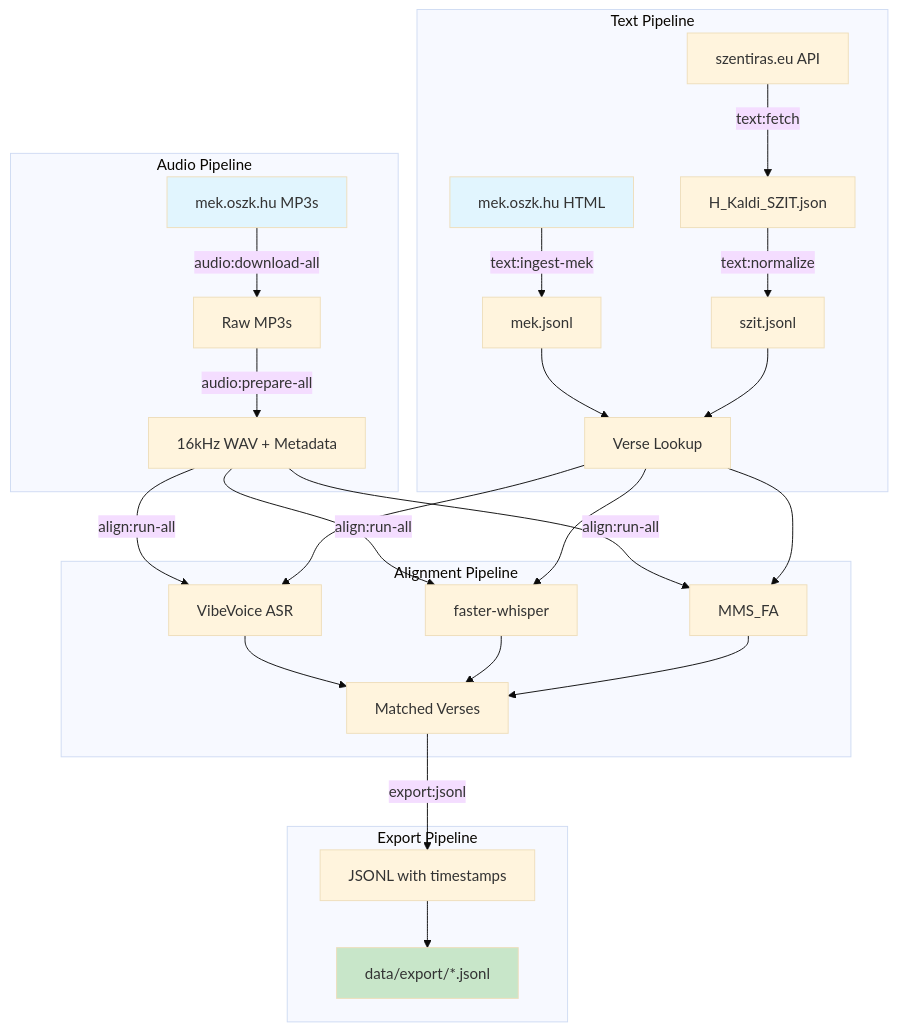
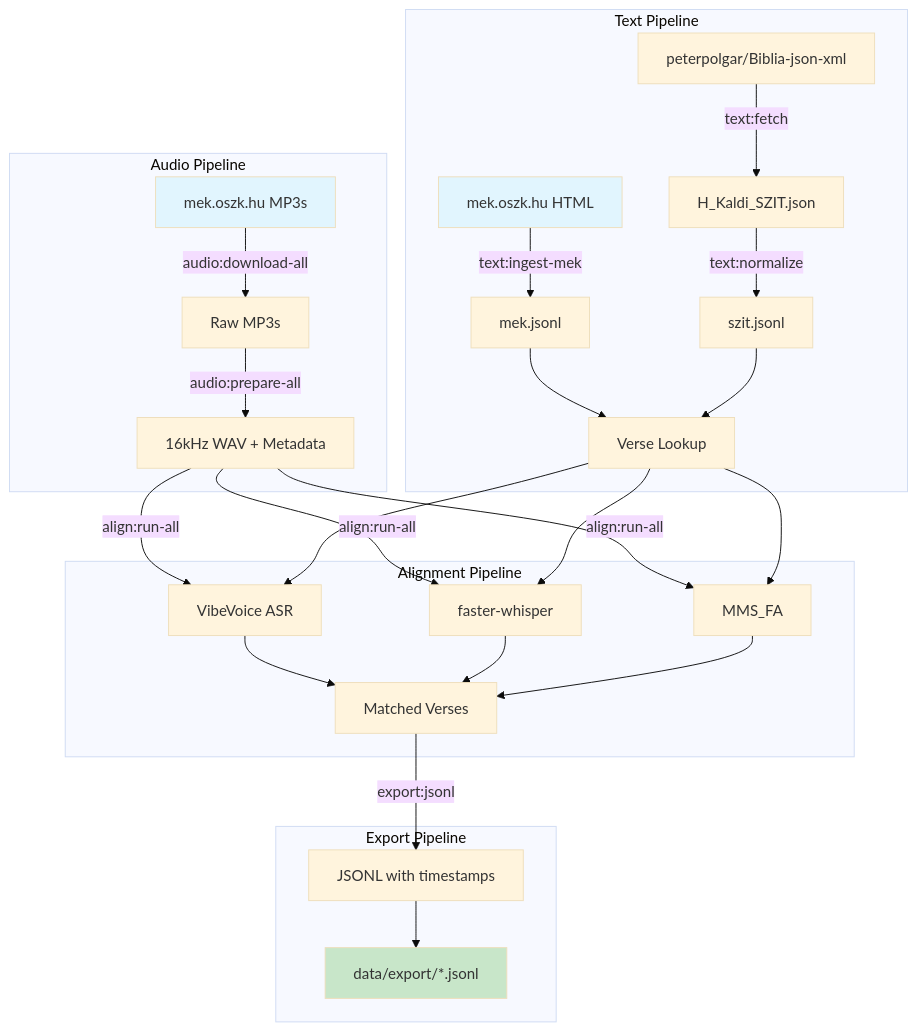
The diagram in README.md (oroszgy/biblia-vox), drawn with Mermaid (base theme) before and after one commit. The commit also changed other lines of this file, not shown here.

First line of the commit message:
docs(readme): fix text source - szit.jsonl comes from GitHub repo

````diff
--- a/README.md
+++ b/README.md
@@ -18,36 +18,36 @@
 ```mermaid
 graph TB
     subgraph "Text Pipeline"
         T1[mek.oszk.hu HTML] -->|text:ingest-mek| T2[mek.jsonl]
-        T3[szentiras.eu API] -->|text:fetch| T4[H_Kaldi_SZIT.json]
+        T3[peterpolgar/Biblia-json-xml] -->|text:fetch| T4[H_Kaldi_SZIT.json]
         T4 -->|text:normalize| T5[szit.jsonl]
         T2 --> T6[Verse Lookup]
         T5 --> T6
     end
 
     subgraph "Audio Pipeline"
         A1[mek.oszk.hu MP3s] -->|audio:download-all| A2[Raw MP3s]
         A2 -->|audio:prepare-all| A3[16kHz WAV + Metadata]
     end
 
     subgraph "Alignment Pipeline"
         A3 -->|align:run-all| AL1[VibeVoice ASR]
         A3 -->|align:run-all| AL2[faster-whisper]
         A3 -->|align:run-all| AL3[MMS_FA]
         T6 --> AL1
         T6 --> AL2
         T6 --> AL3
         AL1 --> AL4[Matched Verses]
         AL2 --> AL4
         AL3 --> AL4
     end
 
     subgraph "Export Pipeline"
         AL4 -->|export:jsonl| E1[JSONL with timestamps]
         E1 --> E2[data/export/*.jsonl]
     end
 
     style T1 fill:#e1f5fe
     style A1 fill:#e1f5fe
     style E2 fill:#c8e6c9
 ```
````
